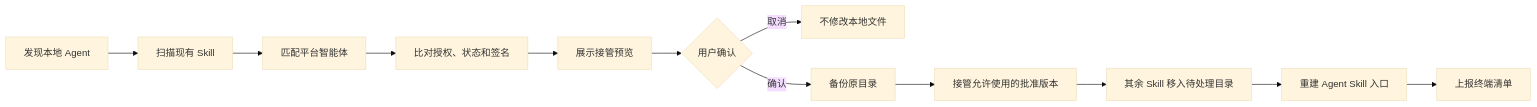
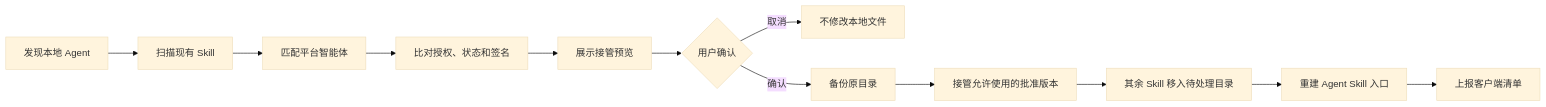
The first of 2 diagrams in docs/agent-manager-client-implementation-plan.md (HuangLuGuang/skill-manager), drawn with Mermaid (base theme) before and after one commit. The commit also changed other lines of this file and 41 other files, not shown here.

````diff
--- a/docs/agent-manager-client-implementation-plan.md
+++ b/docs/agent-manager-client-implementation-plan.md
@@ -50,14 +50,14 @@
 ```mermaid
 flowchart LR
     A["发现本地 Agent"] --> B["扫描现有 Skill"]
     B --> C["匹配平台智能体"]
     C --> D["比对授权、状态和签名"]
     D --> E["展示接管预览"]
     E --> F{"用户确认"}
     F -- "取消" --> G["不修改本地文件"]
     F -- "确认" --> H["备份原目录"]
     H --> I["接管允许使用的批准版本"]
     I --> J["其余 Skill 移入待处理目录"]
     J --> K["重建 Agent Skill 入口"]
-    K --> L["上报终端清单"]
+    K --> L["上报客户端清单"]
 ```
````
